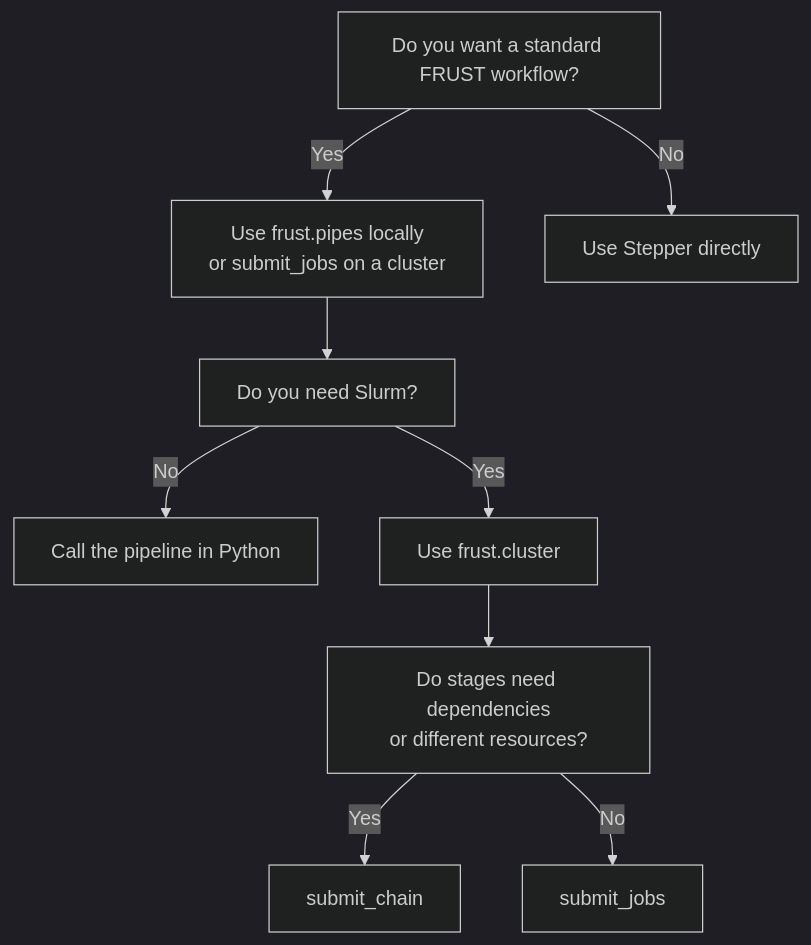
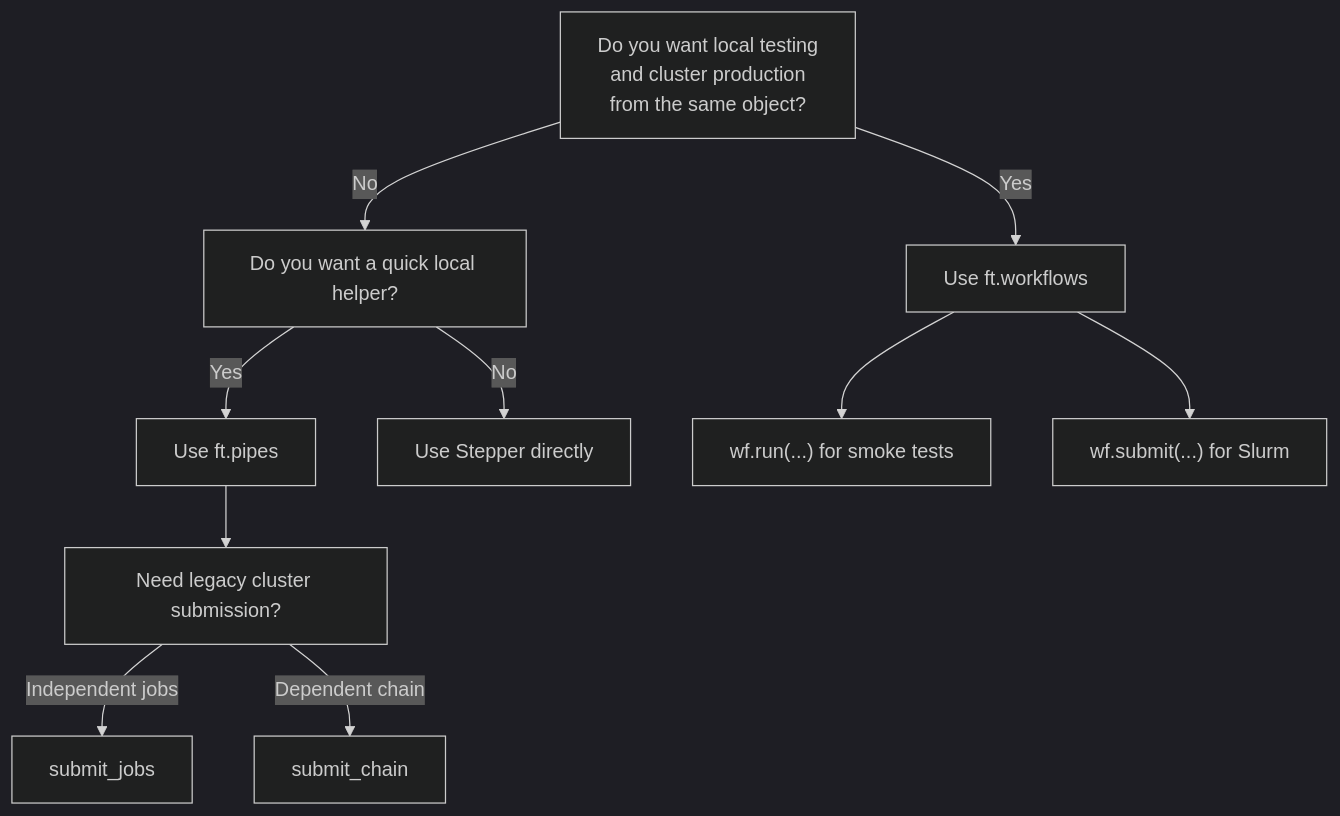
The second of 2 diagrams in docs/workflows/overview.md (MolinDiscovery/FRUST), drawn with Mermaid (dark theme) before and after one commit. The commit also changed other lines of this file and 23 other files, not shown here.

Commit message:
Add workflow method plan architecture

````diff
--- a/docs/workflows/overview.md
+++ b/docs/workflows/overview.md
@@ -142,11 +187,12 @@
 ```mermaid
 flowchart TD
-    A["Do you want a standard FRUST workflow?"] -->|Yes| B["Use frust.pipes locally<br/>or submit_jobs on a cluster"]
-    A -->|No| C["Use Stepper directly"]
-    B --> D["Do you need Slurm?"]
-    D -->|No| E["Call the pipeline in Python"]
-    D -->|Yes| F["Use frust.cluster"]
-    F --> G["Do stages need dependencies<br/>or different resources?"]
-    G -->|Yes| H["submit_chain"]
-    G -->|No| I["submit_jobs"]
+    A["Do you want local testing<br/>and cluster production<br/>from the same object?"] -->|Yes| B["Use ft.workflows"]
+    A -->|No| C["Do you want a quick local helper?"]
+    C -->|Yes| D["Use ft.pipes"]
+    C -->|No| E["Use Stepper directly"]
+    B --> F["wf.run(...) for smoke tests"]
+    B --> G["wf.submit(...) for Slurm"]
+    D --> H["Need legacy cluster submission?"]
+    H -->|Independent jobs| I["submit_jobs"]
+    H -->|Dependent chain| J["submit_chain"]
 ```
````
